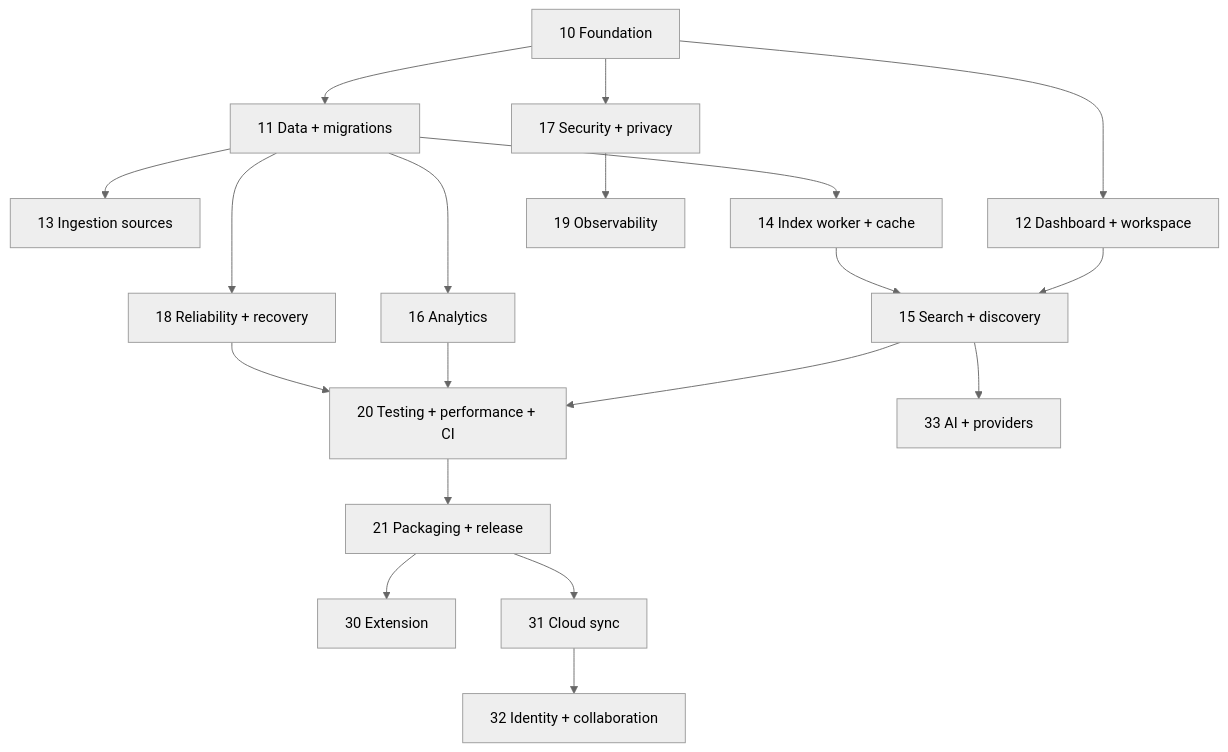
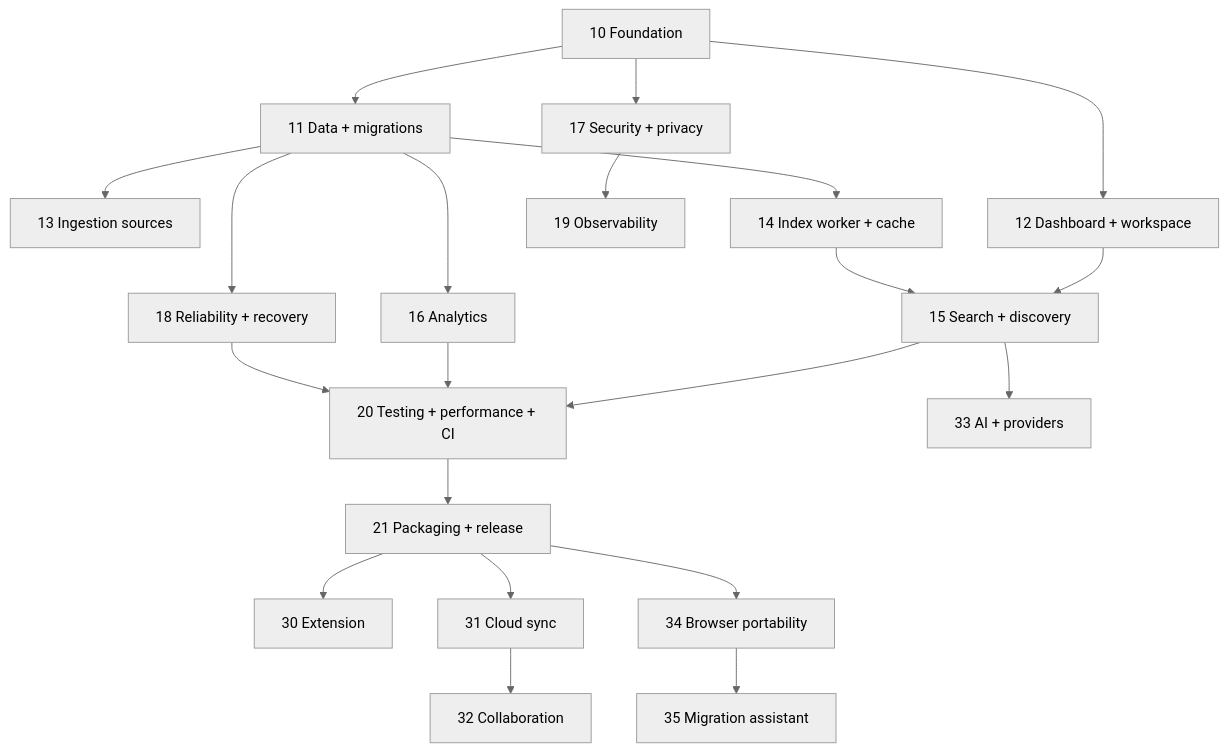
The diagram in docs/plan/implementation/00-program/roadmap.md (ryantr-statinops/InfoBoard), drawn with Mermaid (neutral theme) before and after one commit. The commit also changed other lines of this file and 11 other files, not shown here.

````diff
--- a/docs/plan/implementation/00-program/roadmap.md
+++ b/docs/plan/implementation/00-program/roadmap.md
@@ -8,21 +8,23 @@
 ```mermaid
 flowchart TD
     F[10 Foundation] --> D[11 Data + migrations]
     D --> I[13 Ingestion sources]
     D --> W[14 Index worker + cache]
     F --> U[12 Dashboard + workspace]
     U --> S[15 Search + discovery]
     W --> S
     D --> A[16 Analytics]
     D --> R[18 Reliability + recovery]
     F --> Q[17 Security + privacy]
     Q --> O[19 Observability]
     S --> T[20 Testing + performance + CI]
     A --> T
     R --> T
     T --> P[21 Packaging + release]
     P --> E1[30 Extension]
     P --> E2[31 Cloud sync]
-    E2 --> E3[32 Identity + collaboration]
+    E2 --> E3[32 Collaboration]
     S --> E4[33 AI + providers]
+    P --> E5[34 Browser portability]
+    E5 --> E6[35 Migration assistant]
 ```
````
